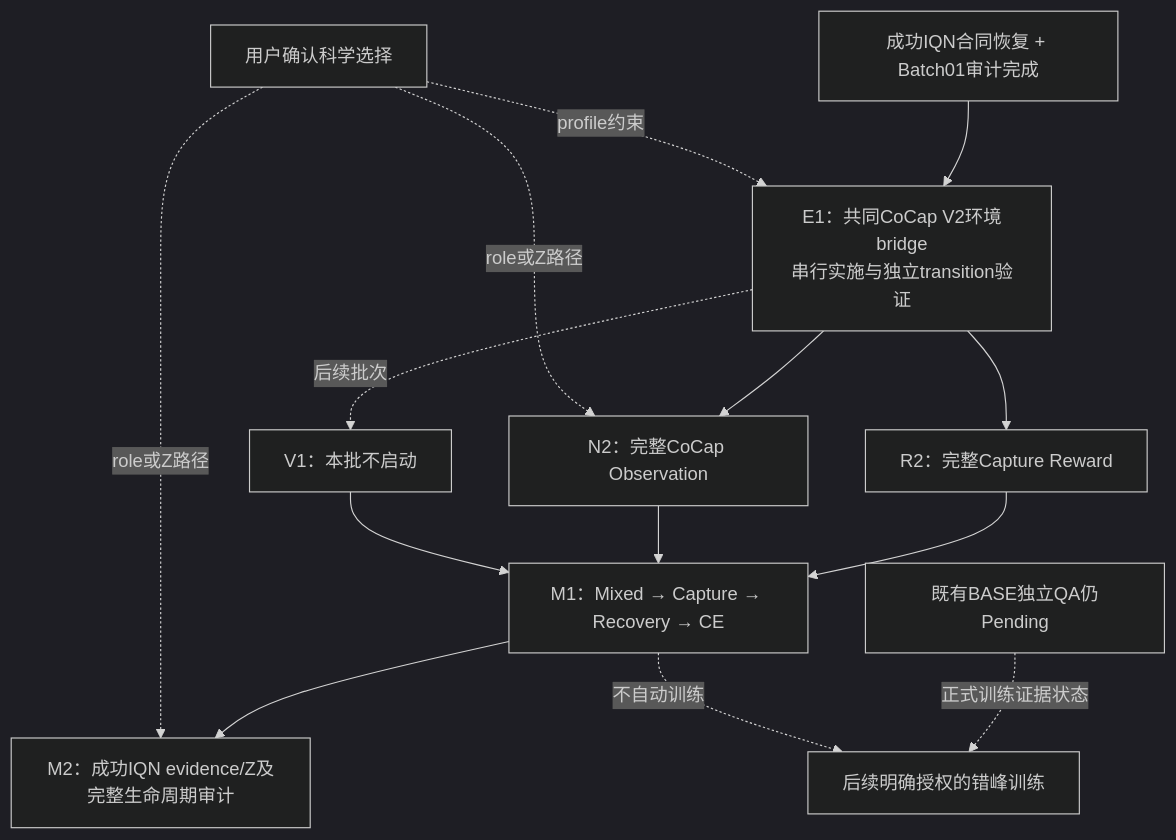
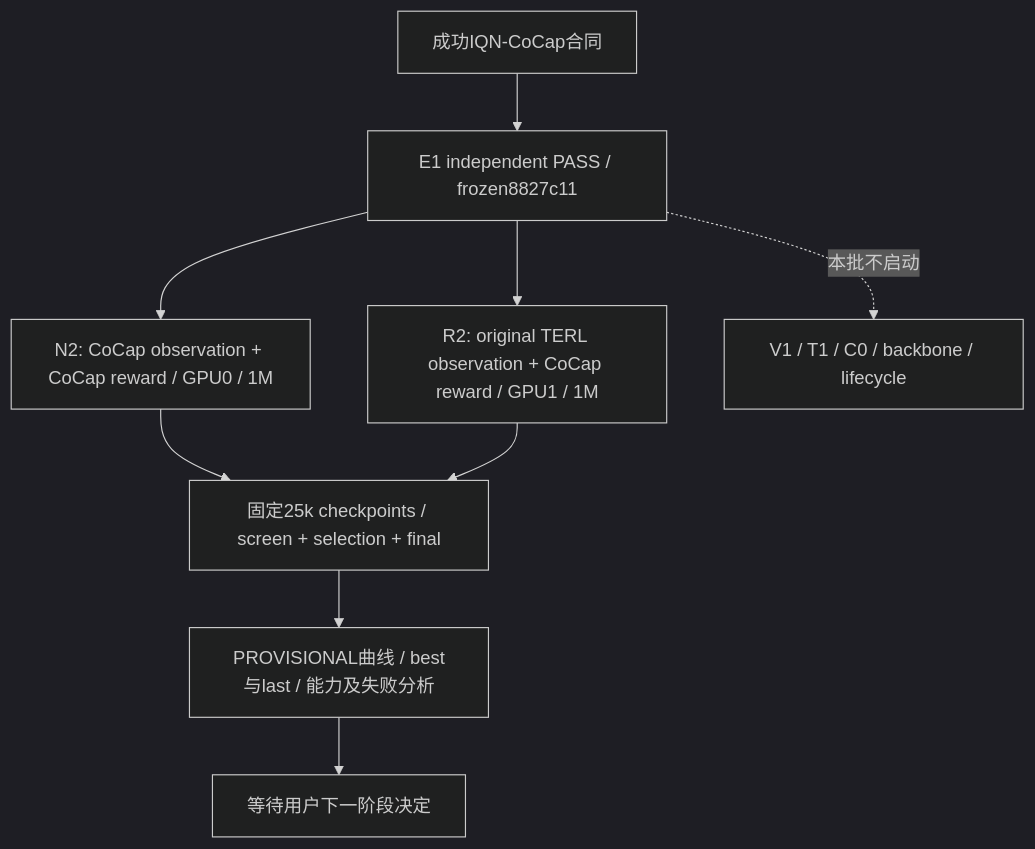
The diagram in docs/ops/COCAP_MAPPO_BATCH02_DAG_20261011_ZH.md (Jayyeah/cocap-voradj), drawn with Mermaid (dark theme) before and after one commit. The commit also changed other lines of this file and 19 other files, not shown here.

````diff
--- a/docs/ops/COCAP_MAPPO_BATCH02_DAG_20261011_ZH.md
+++ b/docs/ops/COCAP_MAPPO_BATCH02_DAG_20261011_ZH.md
@@ -7,16 +7,11 @@
 ```mermaid
 flowchart TD
-    A[成功IQN合同恢复 + Batch01审计完成] --> E[E1：共同CoCap V2环境bridge\n串行实施与独立transition验证]
-    E --> R[R2：完整Capture Reward]
-    E --> N[N2：完整CoCap Observation]
-    E -. 后续批次 .-> V[V1：本批不启动]
-    R --> M[M1：Mixed → Capture → Recovery → CE]
-    N --> M
-    V --> M
-    M --> Z[M2：成功IQN evidence/Z及完整生命周期审计]
-    S[用户确认科学选择] -. profile约束 .-> E
-    S -. role或Z路径 .-> N
-    S -. role或Z路径 .-> Z
-    Q[既有BASE独立QA仍Pending] -. 正式训练证据状态 .-> T[后续明确授权的错峰训练]
-    M -. 不自动训练 .-> T
+    I[成功IQN-CoCap合同] --> E[E1 independent PASS / frozen8827c11]
+    E --> N[N2: CoCap observation + CoCap reward / GPU0 / 1M]
+    E --> R[R2: original TERL observation + CoCap reward / GPU1 / 1M]
+    N --> Q[固定25k checkpoints / screen + selection + final]
+    R --> Q
+    Q --> P[PROVISIONAL曲线 / best与last / 能力及失败分析]
+    P --> U[等待用户下一阶段决定]
+    E -. 本批不启动 .-> V[V1 / T1 / C0 / backbone / lifecycle]
 ```
````
